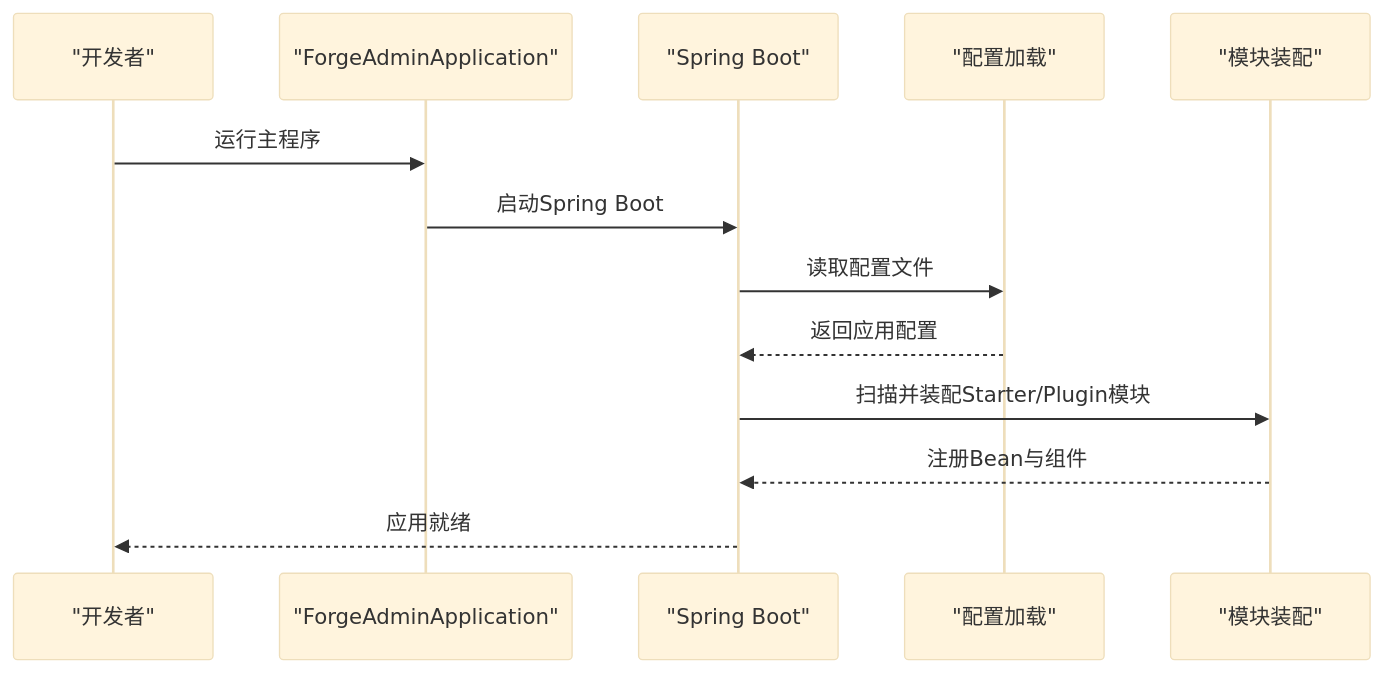
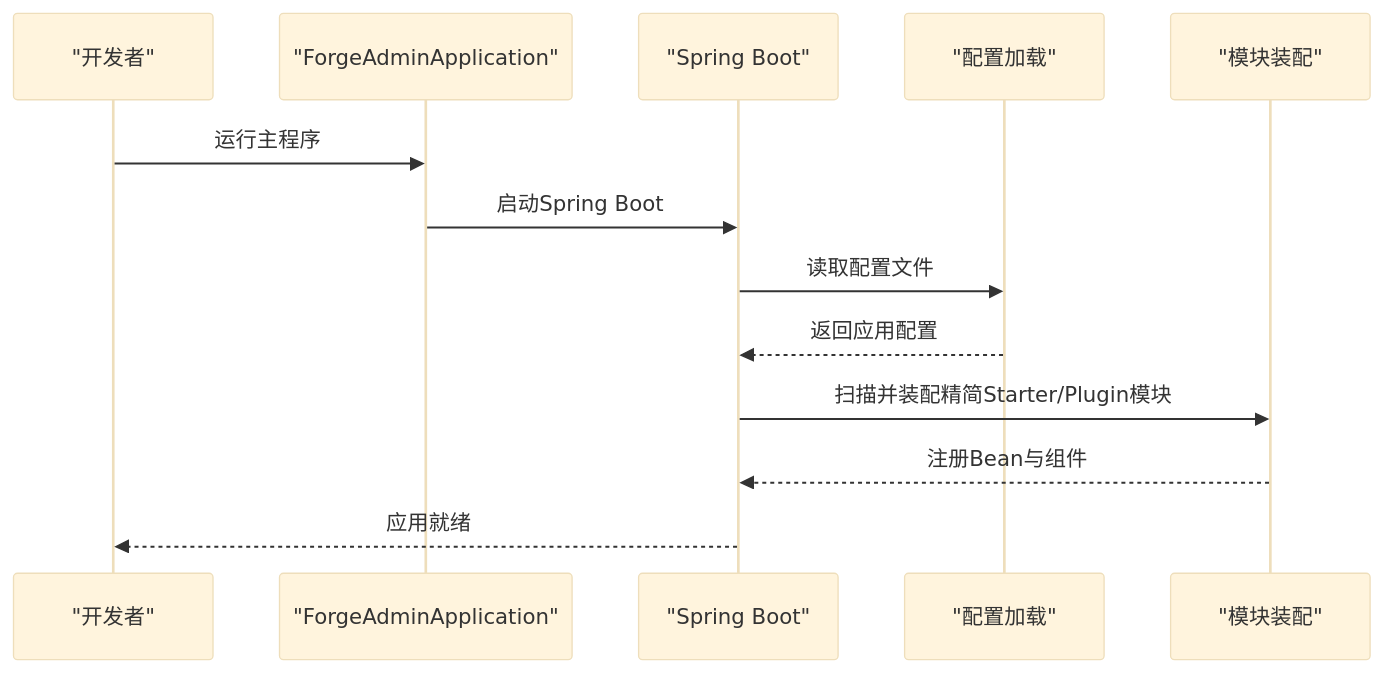
The third of 7 diagrams in .qoder/repowiki/zh/content/系统架构/架构总览.md (yaomindong1996/forge-admin), drawn with Mermaid (base theme) before and after one commit. The commit also changed other lines of this file and 76 other files, not shown here.

````diff
--- a/.qoder/repowiki/zh/content/系统架构/架构总览.md
+++ b/.qoder/repowiki/zh/content/系统架构/架构总览.md
@@ -127,15 +143,15 @@
 ```mermaid
 sequenceDiagram
 participant Dev as "开发者"
 participant App as "ForgeAdminApplication"
 participant SB as "Spring Boot"
 participant Cfg as "配置加载"
 participant Mod as "模块装配"
 Dev->>App : 运行主程序
 App->>SB : 启动Spring Boot
 SB->>Cfg : 读取配置文件
 Cfg-->>SB : 返回应用配置
-SB->>Mod : 扫描并装配Starter/Plugin模块
+SB->>Mod : 扫描并装配精简Starter/Plugin模块
 Mod-->>SB : 注册Bean与组件
 SB-->>Dev : 应用就绪
 ```
````
